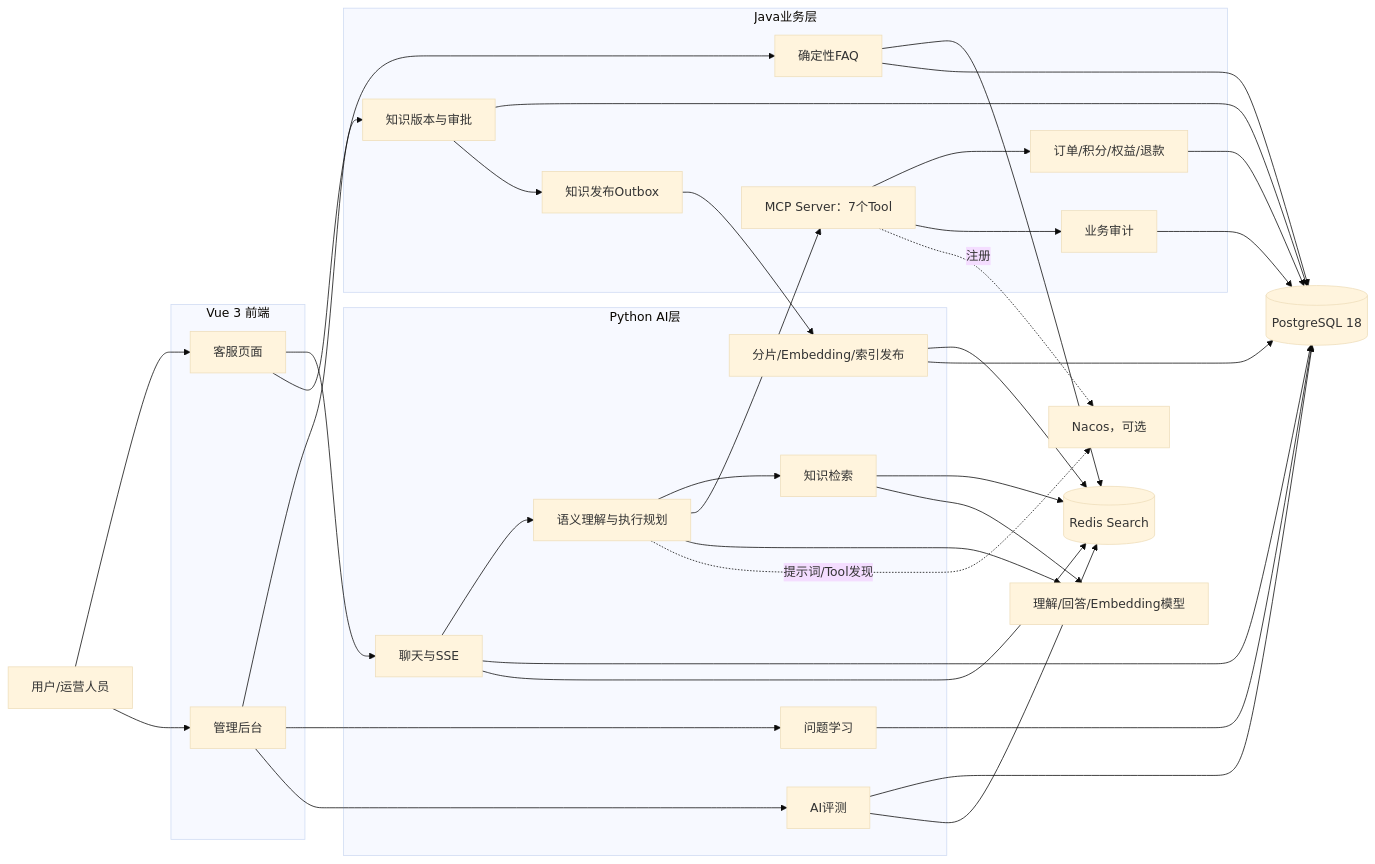
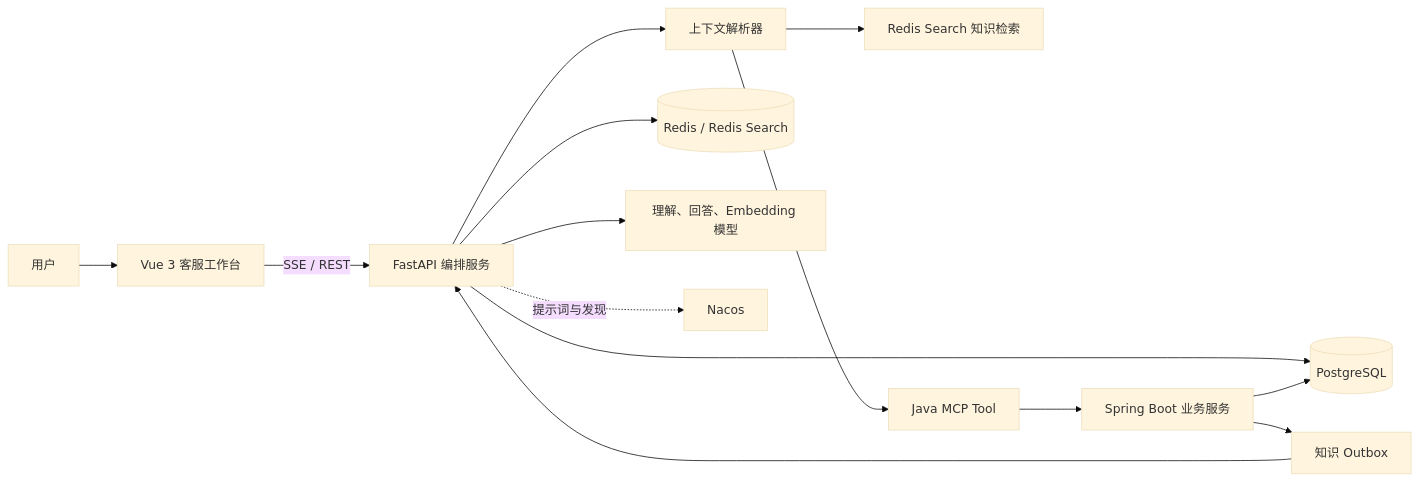
Before and after one commit to chinz-marx/smart-customer-service: the first of 3 diagrams in README.md, drawn with Mermaid (base theme). The commit also changed other lines of this file and 71 other files, not shown here.

````diff
--- a/README.md
+++ b/README.md
@@ -186,70 +19,16 @@
 ```mermaid
 flowchart LR
-    U[用户/运营人员]
-
-    subgraph FE[Vue 3 前端]
-        C[客服页面]
-        A[管理后台]
-    end
-
-    subgraph PY[Python AI层]
-        CHAT[聊天与SSE]
-        ROUTER[语义理解与执行规划]
-        RAG[知识检索]
-        LEARN[问题学习]
-        EVAL[AI评测]
-        PUB[分片/Embedding/索引发布]
-    end
-
-    subgraph JAVA[Java业务层]
-        MCP[MCP Server：7个Tool]
-        BIZ[订单/积分/权益/退款]
-        KB[知识版本与审批]
-        FAQ[确定性FAQ]
-        OUTBOX[知识发布Outbox]
-        AUDIT[业务审计]
-    end
-
-    PG[(PostgreSQL 18)]
-    REDIS[(Redis Search)]
-    MODEL[理解/回答/Embedding模型]
-    NACOS[Nacos，可选]
-
-    U --> C
-    U --> A
-    C --> CHAT
-    A --> KB
-    A --> LEARN
-    A --> EVAL
-
-    CHAT --> ROUTER
-    ROUTER --> RAG
-    ROUTER --> MCP
-    ROUTER --> MODEL
-    RAG --> REDIS
-    RAG --> MODEL
-
-    MCP --> BIZ
-    BIZ --> PG
-    MCP --> AUDIT
-    AUDIT --> PG
-
-    KB --> PG
-    KB --> OUTBOX
-    OUTBOX --> PUB
-    PUB --> REDIS
-    PUB --> PG
-
-    C --> FAQ
-    FAQ --> REDIS
-    FAQ --> PG
-
-    CHAT --> PG
-    CHAT --> REDIS
-    LEARN --> PG
-    EVAL --> PG
-    EVAL --> REDIS
-
-    ROUTER -.提示词/Tool发现.-> NACOS
-    MCP -.注册.-> NACOS
+    U[用户] --> FE[Vue 3 客服工作台]
+    FE -->|SSE / REST| PY[FastAPI 编排服务]
+    PY --> CTX[上下文解析器]
+    CTX --> RAG[Redis Search 知识检索]
+    CTX --> MCP[Java MCP Tool]
+    PY --> PG[(PostgreSQL)]
+    PY --> RS[(Redis / Redis Search)]
+    PY --> MODEL[理解、回答、Embedding 模型]
+    PY -.提示词与发现.-> NACOS[Nacos]
+    MCP --> JAVA[Spring Boot 业务服务]
+    JAVA --> PG
+    JAVA --> OUTBOX[知识 Outbox]
+    OUTBOX --> PY
 ```
````
